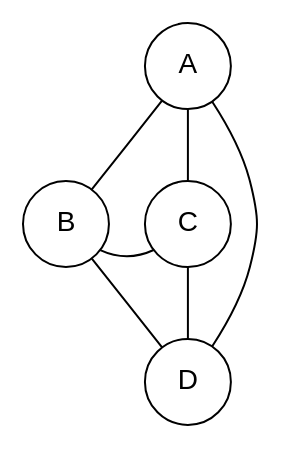
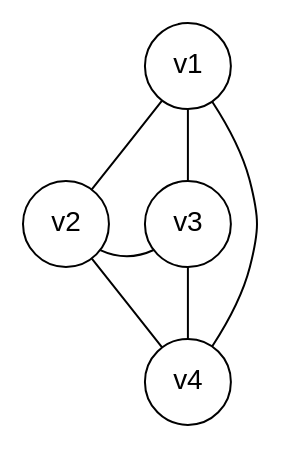
The diagram in slides/graphs/graph-11.dot (aaronbloomfield/pdr), drawn with Graphviz before and after one commit. The commit also changed 4 other files, not shown here.

```diff
--- a/slides/graphs/graph-11.dot
+++ b/slides/graphs/graph-11.dot
@@ -1,16 +1,16 @@
 digraph G {
 	graph [fontname = "Helvetica"];
 	node [fontname = "Helvetica",shape=circle,width=0.6];
 	edge [fontname = "Helvetica",dir=none];
 
-	A -> B;
-	A -> C;
-	B -> D;
-	C -> D;
-	B -> C;
-	A -> D;
+	v1 -> v2;
+	v1 -> v3;
+	v2 -> v4;
+	v3 -> v4;
+	v2 -> v3;
+	v1 -> v4;
 	
-	{rank=same A};
-	{rank=same B -> C [style=invis]};
-	{rank=same D};
+	{rank=same v1};
+	{rank=same v2 -> v3 [style=invis]};
+	{rank=same v4};
 }
```
